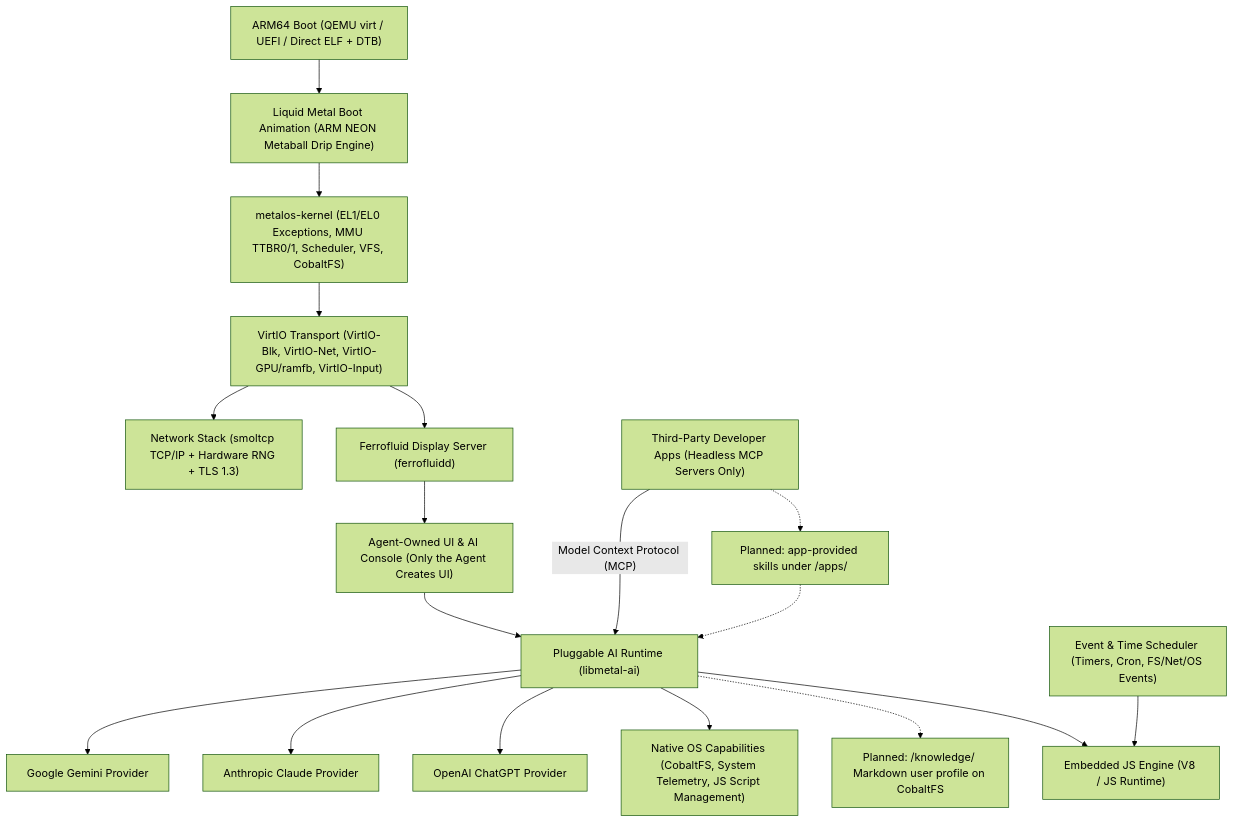
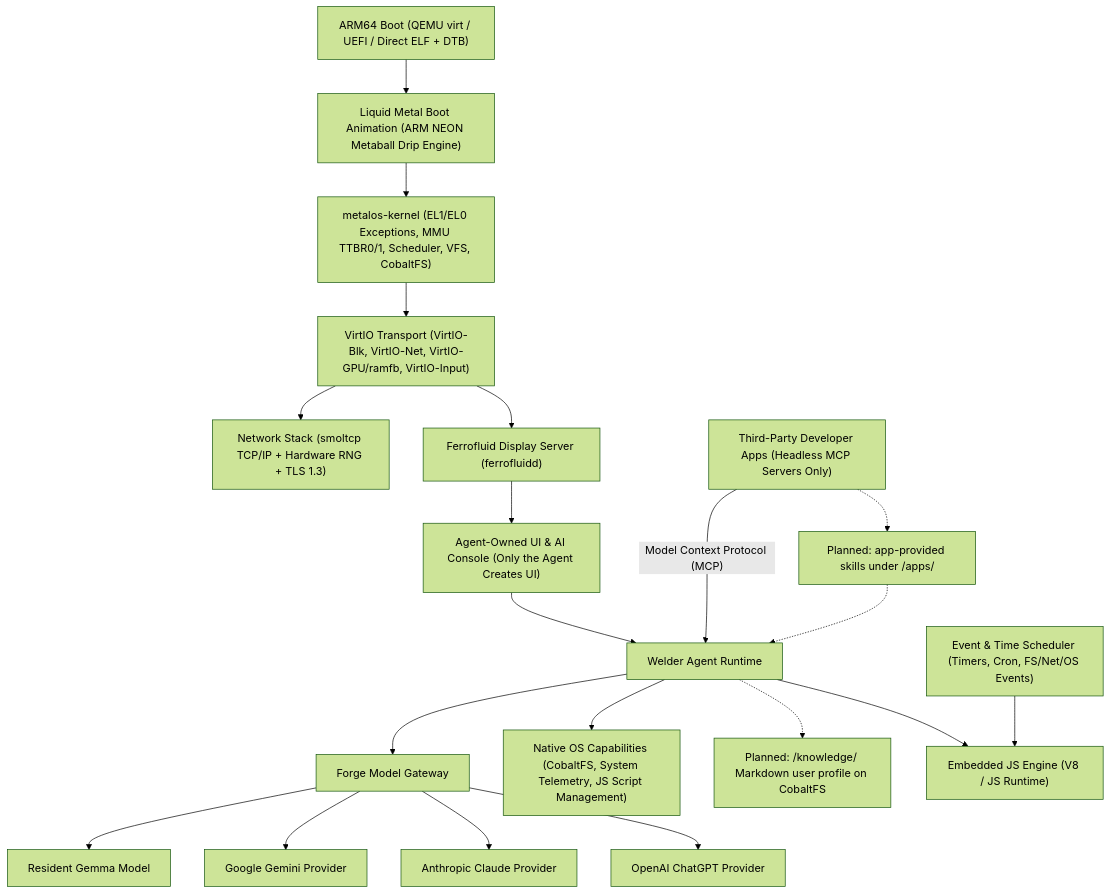
One commit to lucasdupin/alloyOS changed the diagram in ROADMAP.md. Above: the diagram before and after it, drawn with Mermaid (forest theme). The commit also changed other lines of this file and 62 other files, not shown here.

Commit message:
Consolidate agent runtime into Welder and model execution into Forge

````diff
--- a/ROADMAP.md
+++ b/ROADMAP.md
@@ -15,20 +15,22 @@
 ```mermaid
 flowchart TD
     Boot["ARM64 Boot (QEMU virt / UEFI / Direct ELF + DTB)"] --> Splash["Liquid Metal Boot Animation (ARM NEON Metaball Drip Engine)"]
     Splash --> Kernel["metalos-kernel (EL1/EL0 Exceptions, MMU TTBR0/1, Scheduler, VFS, CobaltFS)"]
     Kernel --> VirtIO["VirtIO Transport (VirtIO-Blk, VirtIO-Net, VirtIO-GPU/ramfb, VirtIO-Input)"]
     VirtIO --> Net["Network Stack (smoltcp TCP/IP + Hardware RNG + TLS 1.3)"]
     VirtIO --> Ferrofluid["Ferrofluid Display Server (ferrofluidd)"]
     Ferrofluid --> AIConsole["Agent-Owned UI & AI Console (Only the Agent Creates UI)"]
-    AIConsole --> AIRuntime["Pluggable AI Runtime (libmetal-ai)"]
-    AIRuntime --> Gemini["Google Gemini Provider"]
-    AIRuntime --> Claude["Anthropic Claude Provider"]
-    AIRuntime --> ChatGPT["OpenAI ChatGPT Provider"]
+    AIConsole --> AIRuntime["Welder Agent Runtime"]
+    AIRuntime --> Forge["Forge Model Gateway"]
+    Forge --> Gemma["Resident Gemma Model"]
+    Forge --> Gemini["Google Gemini Provider"]
+    Forge --> Claude["Anthropic Claude Provider"]
+    Forge --> ChatGPT["OpenAI ChatGPT Provider"]
     AIRuntime --> Tools["Native OS Capabilities (CobaltFS, System Telemetry, JS Script Management)"]
     AIRuntime -.-> Knowledge["Planned: /knowledge/ Markdown user profile on CobaltFS"]
     AIRuntime --> JSRuntime["Embedded JS Engine (V8 / JS Runtime)"]
     Scheduler["Event & Time Scheduler (Timers, Cron, FS/Net/OS Events)"] --> JSRuntime
     MCPApps["Third-Party Developer Apps (Headless MCP Servers Only)"] -->|"Model Context Protocol (MCP)"| AIRuntime
     MCPApps -.-> AppSkills["Planned: app-provided skills under /apps/"]
     AppSkills -.-> AIRuntime
 ```
````
